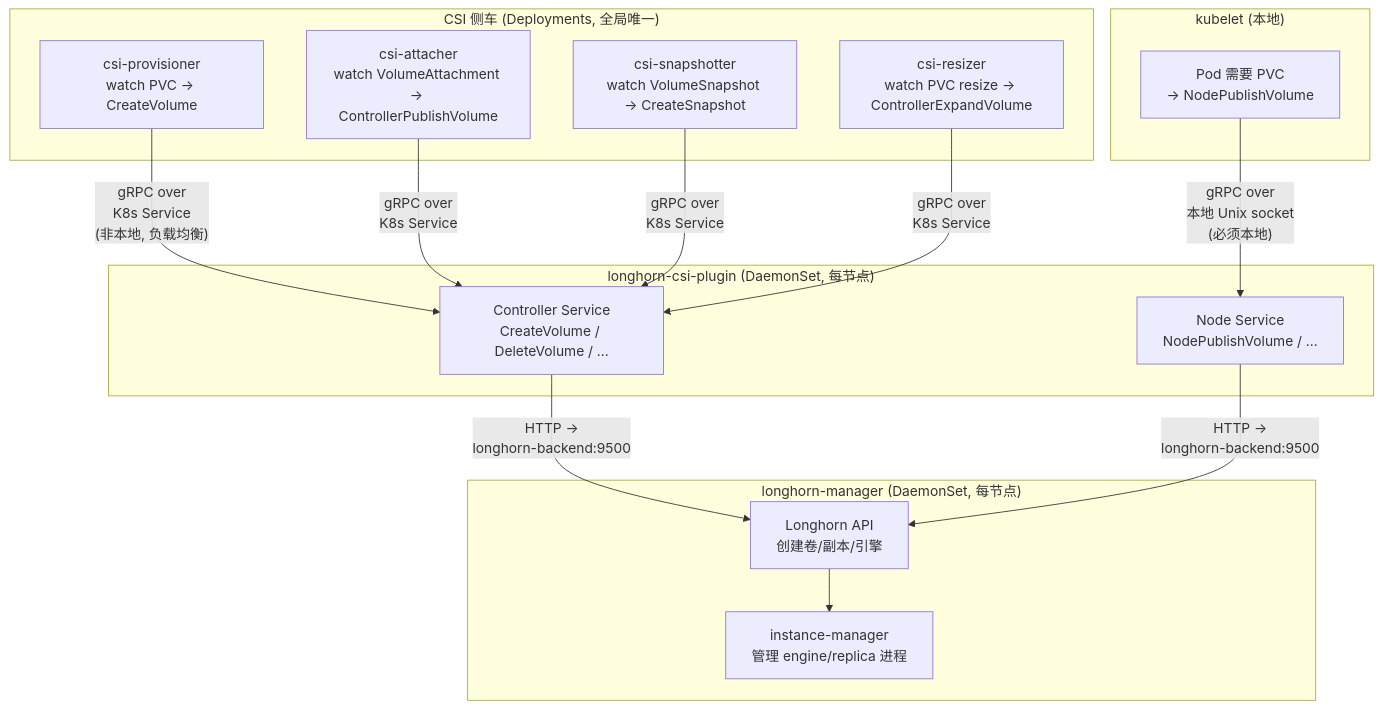
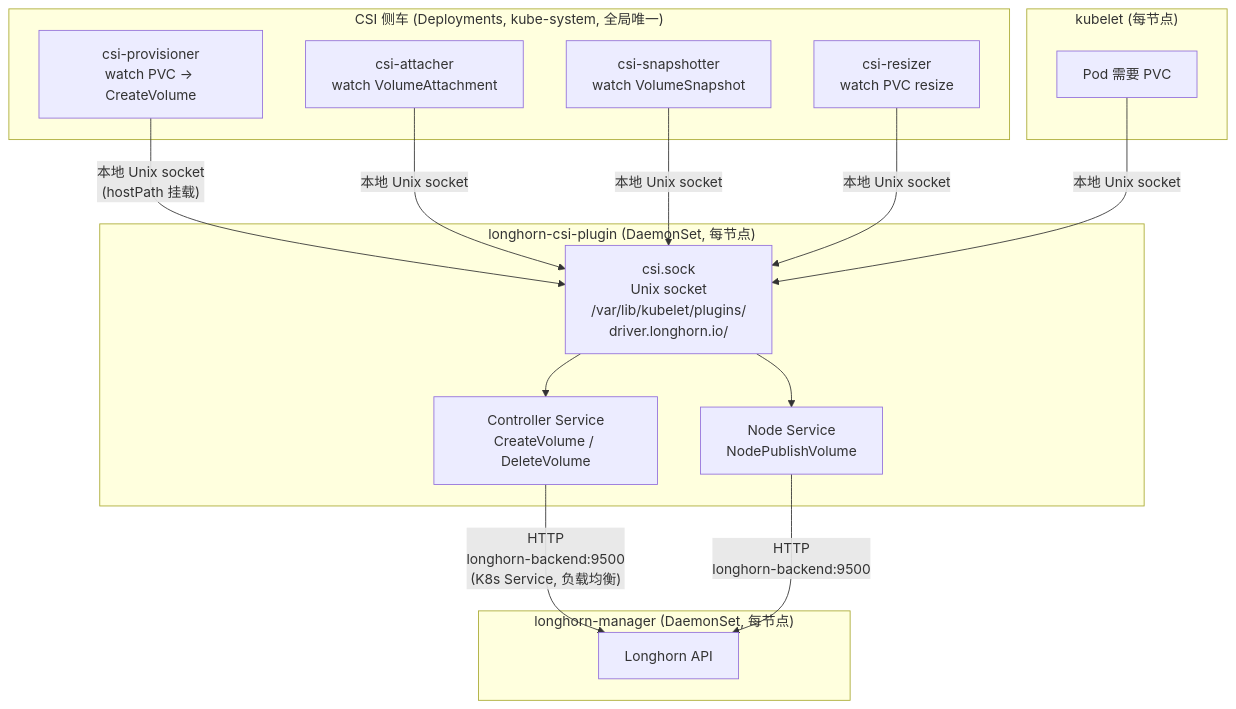
The first of 12 diagrams in docs/LONGHORN.md (yachongli/k3s-cluster), drawn with Mermaid before and after one commit. The commit also changed other lines of this file, not shown here.

First line of the commit message:
docs: fix CSI architecture in Longhorn guide

````diff
--- a/docs/LONGHORN.md
+++ b/docs/LONGHORN.md
@@ -81,34 +92,36 @@
 ```mermaid
 flowchart TD
-    subgraph CSI["CSI 侧车 (Deployments, 全局唯一)"]
+    subgraph SIDECARS["CSI 侧车 (Deployments, kube-system, 全局唯一)"]
         PROV["csi-provisioner<br/>watch PVC → CreateVolume"]
-        ATT["csi-attacher<br/>watch VolumeAttachment → ControllerPublishVolume"]
-        SNAP["csi-snapshotter<br/>watch VolumeSnapshot → CreateSnapshot"]
-        RES["csi-resizer<br/>watch PVC resize → ControllerExpandVolume"]
+        ATT["csi-attacher<br/>watch VolumeAttachment"]
+        SNAP["csi-snapshotter<br/>watch VolumeSnapshot"]
+        RES["csi-resizer<br/>watch PVC resize"]
     end
 
-    subgraph PLUGIN["longhorn-csi-plugin (DaemonSet, 每节点)"]
-        CSICTL["Controller Service<br/>CreateVolume / DeleteVolume / ..."]
-        CSINODE["Node Service<br/>NodePublishVolume / ..."]
+    subgraph DAEMON["longhorn-csi-plugin (DaemonSet, 每节点)"]
+        SOCK["csi.sock<br/>Unix socket<br/>/var/lib/kubelet/plugins/<br/>driver.longhorn.io/"]
+        CSICTL["Controller Service<br/>CreateVolume / DeleteVolume"]
+        CSINODE["Node Service<br/>NodePublishVolume"]
     end
 
     subgraph MGR["longhorn-manager (DaemonSet, 每节点)"]
-        API["Longhorn API<br/>创建卷/副本/引擎"]
-        INST["instance-manager<br/>管理 engine/replica 进程"]
+        API["Longhorn API"]
     end
 
-    subgraph K8SNODE["kubelet (本地)"]
-        KUB["Pod 需要 PVC<br/>→ NodePublishVolume"]
+    subgraph K8SNODE["kubelet (每节点)"]
+        KUB["Pod 需要 PVC"]
     end
 
-    PROV -- "gRPC over<br/>K8s Service<br/>(非本地, 负载均衡)" --> CSICTL
-    ATT -- "gRPC over<br/>K8s Service" --> CSICTL
-    SNAP -- "gRPC over<br/>K8s Service" --> CSICTL
-    RES -- "gRPC over<br/>K8s Service" --> CSICTL
+    PROV -- "本地 Unix socket<br/>(hostPath 挂载)" --> SOCK
+    ATT -- "本地 Unix socket" --> SOCK
+    SNAP -- "本地 Unix socket" --> SOCK
+    RES -- "本地 Unix socket" --> SOCK
 
-    KUB -- "gRPC over<br/>本地 Unix socket<br/>(必须本地)" --> CSINODE
+    KUB -- "本地 Unix socket" --> SOCK
 
-    CSICTL -- "HTTP →<br/>longhorn-backend:9500" --> API
-    CSINODE -- "HTTP →<br/>longhorn-backend:9500" --> API
-    API --> INST
+    SOCK --> CSICTL
+    SOCK --> CSINODE
+
+    CSICTL -- "HTTP<br/>longhorn-backend:9500<br/>(K8s Service, 负载均衡)" --> API
+    CSINODE -- "HTTP<br/>longhorn-backend:9500" --> API
 ```
````
